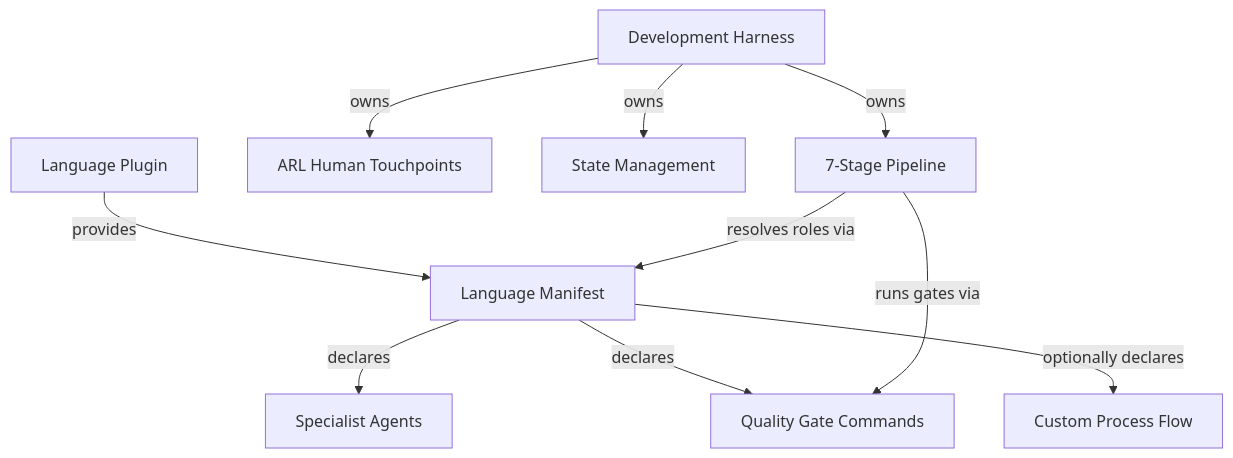
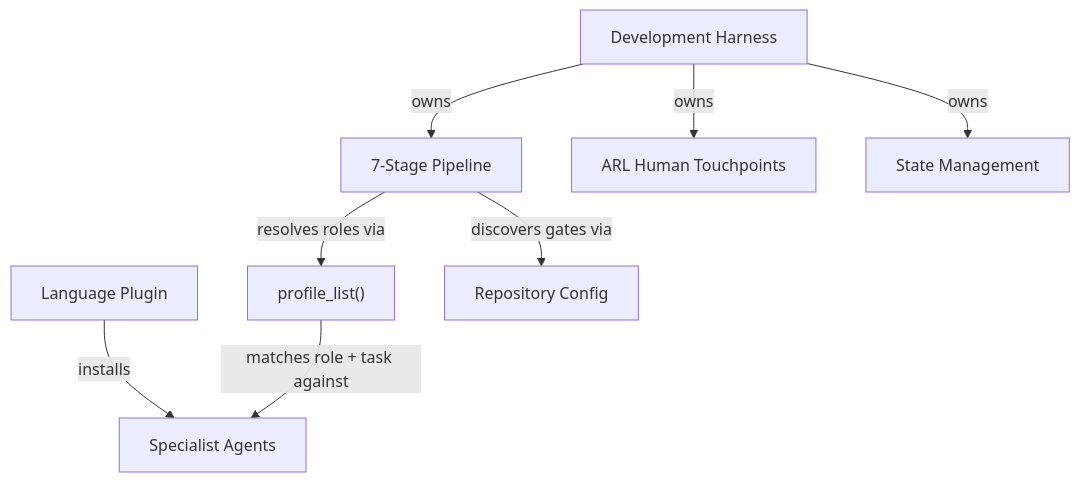
Before and after one commit to Jamie-BitFlight/claude_skills: the diagram in plugins/development-harness/AGENTS.md, drawn with Mermaid. The commit also changed other lines of this file and 32 other files, not shown here.

First line of the commit message:
docs(dh): delete language manifest, Flow Override and stack profile remnants

````diff
--- a/plugins/development-harness/AGENTS.md
+++ b/plugins/development-harness/AGENTS.md
@@ -104,12 +106,10 @@
 ```mermaid
 flowchart TD
     Harness[Development Harness] -->|owns| Process[7-Stage Pipeline]
     Harness -->|owns| Touchpoints[ARL Human Touchpoints]
     Harness -->|owns| Artifacts[State Management]
-    LangPlugin[Language Plugin] -->|provides| Manifest[Language Manifest]
-    Manifest -->|declares| Roles[Specialist Agents]
-    Manifest -->|declares| Gates[Quality Gate Commands]
-    Manifest -->|optionally declares| FlowOverride[Custom Process Flow]
-    Process -->|resolves roles via| Manifest
-    Process -->|runs gates via| Gates
+    LangPlugin[Language Plugin] -->|installs| Agents[Specialist Agents]
+    Process -->|resolves roles via| ProfileList["profile_list()"]
+    ProfileList -->|matches role + task against| Agents
+    Process -->|discovers gates via| RepoConfig[Repository Config]
 ```
````
